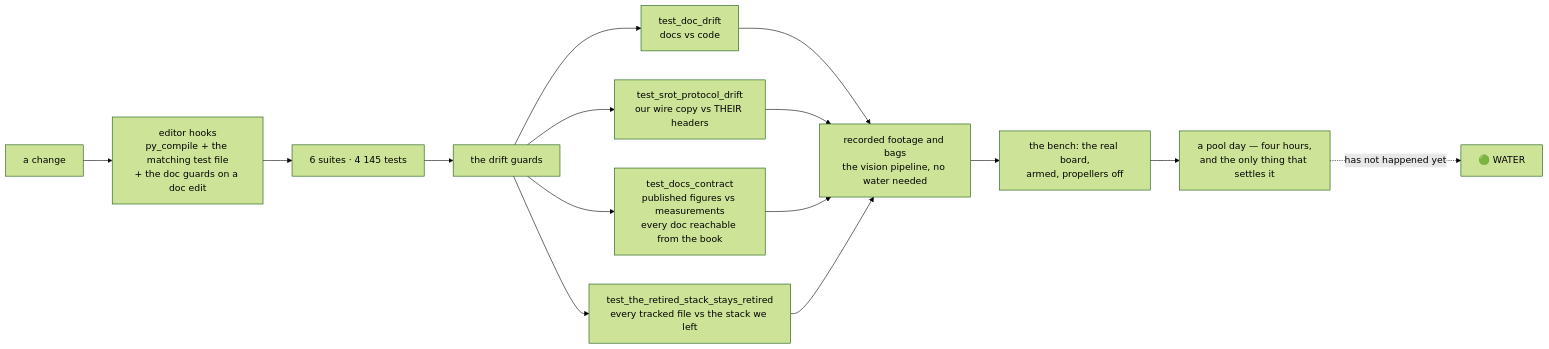
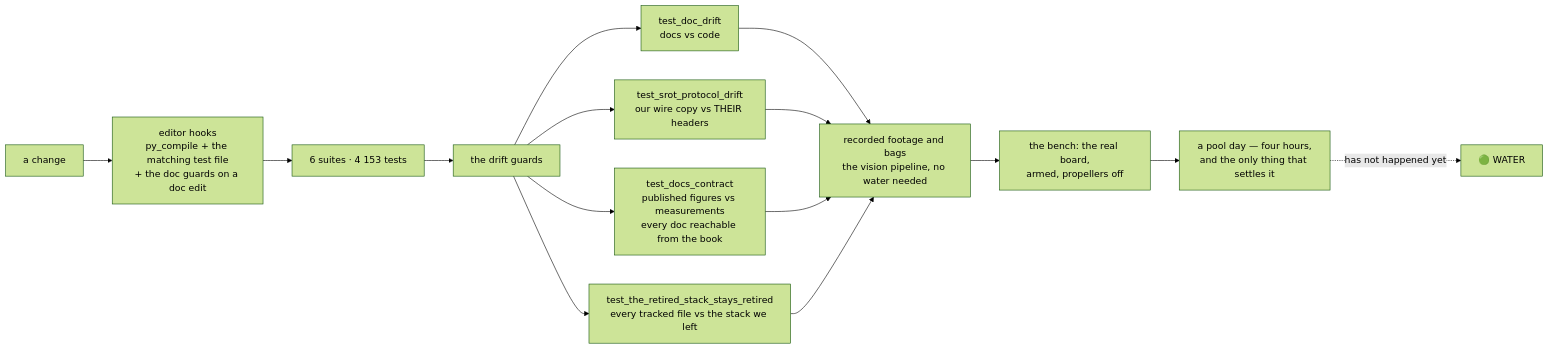
Before and after one commit to fh1m/mongla_ws: the ninth of 10 diagrams in README.md, drawn with Mermaid (forest theme). The commit also changed other lines of this file and 17 other files, not shown here.

````diff
--- a/README.md
+++ b/README.md
@@ -788,17 +788,17 @@
 ```mermaid
 flowchart LR
     DEV["a change"] --> HOOK["editor hooks<br/>py_compile + the matching test file<br/>+ the doc guards on a doc edit"]
-    HOOK --> UNIT["6 suites · 4 145 tests"]
+    HOOK --> UNIT["6 suites · 4 153 tests"]
     UNIT --> GUARD["the drift guards"]
     GUARD --> G1["test_doc_drift<br/>docs vs code"]
     GUARD --> G2["test_srot_protocol_drift<br/>our wire copy vs THEIR headers"]
     GUARD --> G3["test_docs_contract<br/>published figures vs measurements<br/>every doc reachable from the book"]
     GUARD --> G4["test_the_retired_stack_stays_retired<br/>every tracked file vs the stack we left"]
     G1 --> REPLAY["recorded footage and bags<br/>the vision pipeline, no water needed"]
     G2 --> REPLAY
     G3 --> REPLAY
     G4 --> REPLAY
     REPLAY --> BENCH["the bench: the real board,<br/>armed, propellers off"]
     BENCH --> POOL["a pool day — four hours,<br/>and the only thing that settles it"]
     POOL -.->|"has not happened yet"| WATER["🟢 WATER"]
 ```
````
